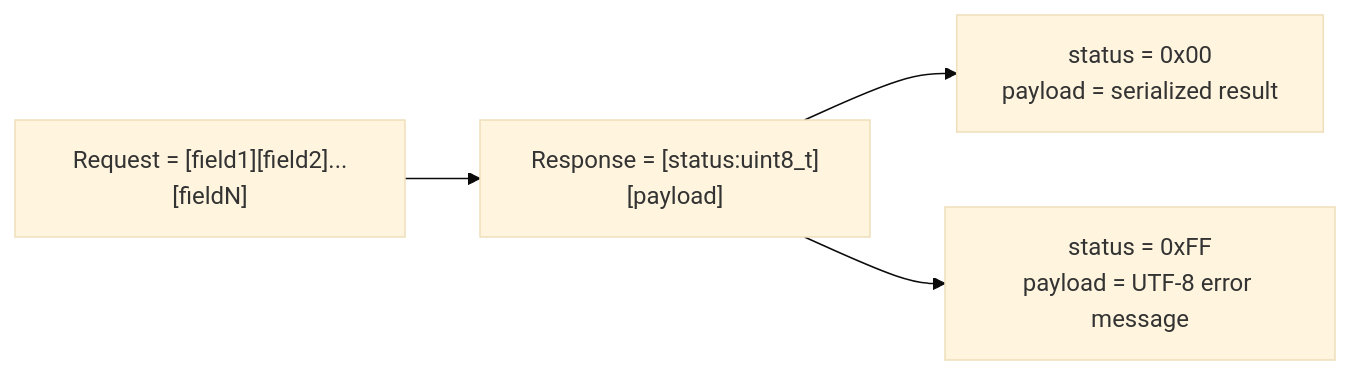
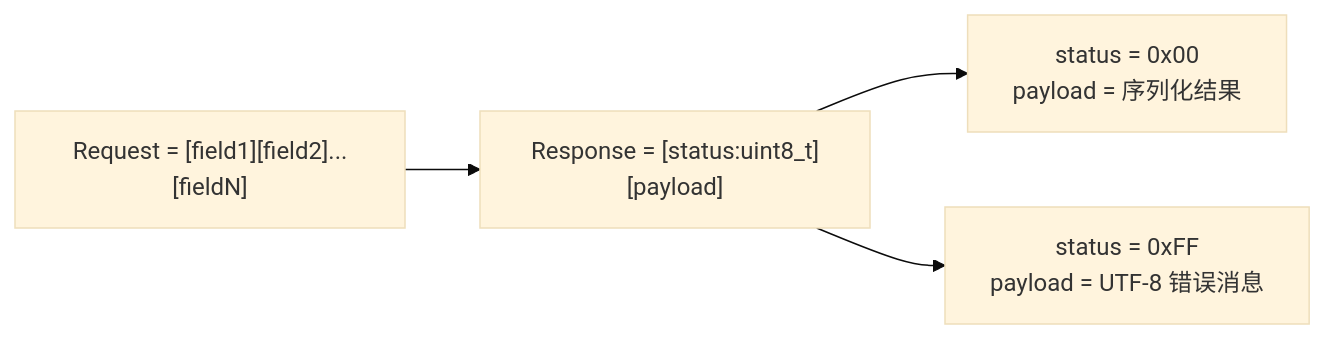
One commit to PassByYou888/LingoFuse-Tools changed the second of 2 diagrams in src/pascal_c_to_abi/code_decl_to_abi_USER_GUIDE.md. Above: the diagram before and after it, drawn with Mermaid (base theme). The commit also changed other lines of this file and 79 other files, not shown here.

````diff
--- a/src/pascal_c_to_abi/code_decl_to_abi_USER_GUIDE.md
+++ b/src/pascal_c_to_abi/code_decl_to_abi_USER_GUIDE.md
@@ -1478,6 +1359,6 @@
 ```mermaid
 flowchart LR
     A["Request = [field1][field2]...[fieldN]"] --> B["Response = [status:uint8_t][payload]"]
-    B --> C["status = 0x00<br/>payload = serialized result"]
-    B --> D["status = 0xFF<br/>payload = UTF-8 error message"]
+    B --> C["status = 0x00<br/>payload = 序列化结果"]
+    B --> D["status = 0xFF<br/>payload = UTF-8 错误消息"]
 ```
````
